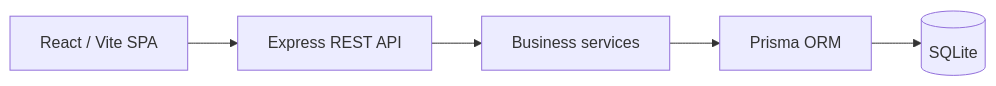
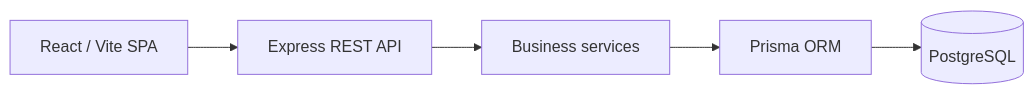
One commit to shreesriv12/ExpenseEase changed the diagram in docs/03_Design/Architecture_Diagram.md. Above: the diagram before and after it, drawn with Mermaid. The commit also changed 6 other files, not shown here.

Commit message:
docs: update project setup for Docker PostgreSQL

````diff
--- a/docs/03_Design/Architecture_Diagram.md
+++ b/docs/03_Design/Architecture_Diagram.md
@@ -3,7 +3,7 @@
 ```mermaid
 flowchart LR
  Browser[React / Vite SPA] --> API[Express REST API]
  API --> Services[Business services]
  Services --> Prisma[Prisma ORM]
- Prisma --> SQLite[(SQLite)]
+Prisma --> PostgreSQL[(PostgreSQL)]
 ```
````
